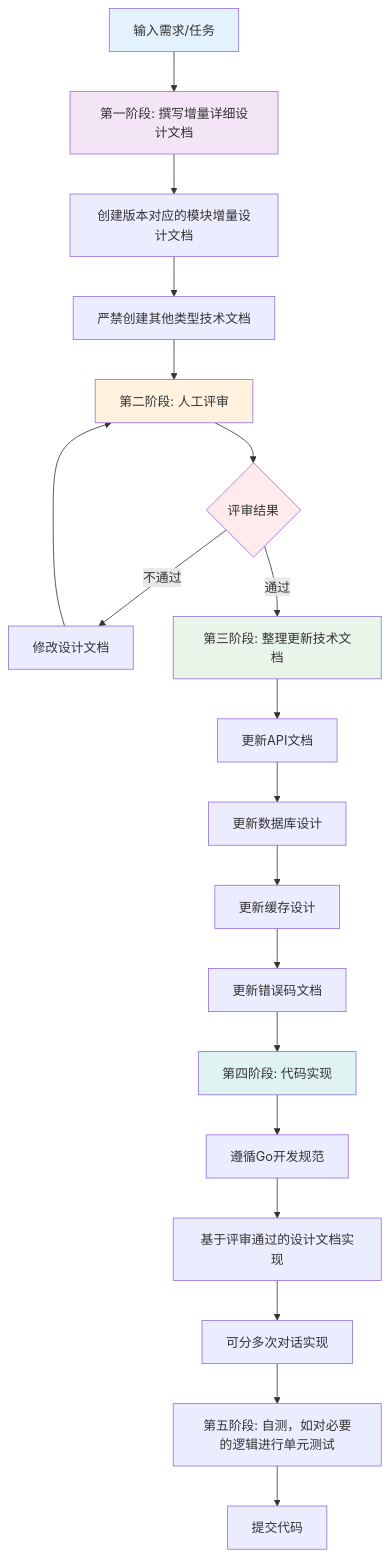
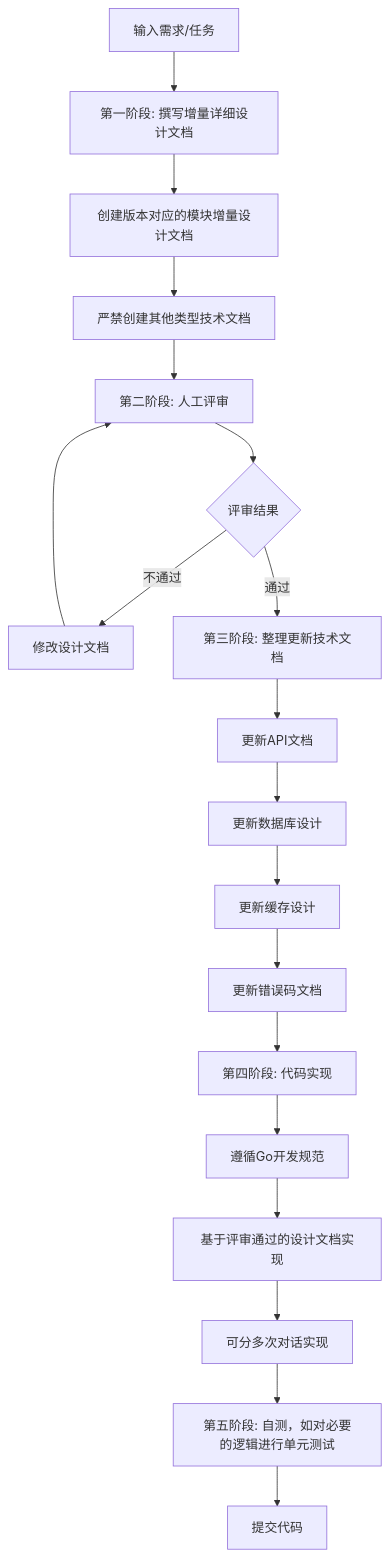
Before and after one commit to yingjianzh/iodraw-files: the diagram in all/未命名-1.md, drawn with Mermaid.

Commit message:
2025-10-22 17:39:59 update

````diff
--- a/all/未命名-1.md
+++ b/all/未命名-1.md
@@ -1,30 +1,23 @@
 ```mermaid
 
 flowchart TD
     A[输入需求/任务] --> B[第一阶段: 撰写增量详细设计文档]
     B --> C[创建版本对应的模块增量设计文档]
     C --> D[严禁创建其他类型技术文档]
     D --> E[第二阶段: 人工评审]
     E --> F{评审结果}
     F -->|不通过| G[修改设计文档]
     G --> E
     F -->|通过| H[第三阶段: 整理更新技术文档]
     H --> I[更新API文档]
     I --> J[更新数据库设计]
     J --> K[更新缓存设计]
     K --> L[更新错误码文档]
     L --> M[第四阶段: 代码实现]
     M --> N[遵循Go开发规范]
     N --> O[基于评审通过的设计文档实现]
     O --> P[可分多次对话实现]
     P --> R[第五阶段: 自测，如对必要的逻辑进行单元测试]
     R --> S[提交代码]
-    
-    style A fill:#e3f2fd
-    style B fill:#f3e5f5
-    style E fill:#fff3e0
-    style F fill:#ffebee
-    style H fill:#e8f5e8
-    style M fill:#e0f2f1
-    style R fill:#e0ff6
+   
 ```
````
